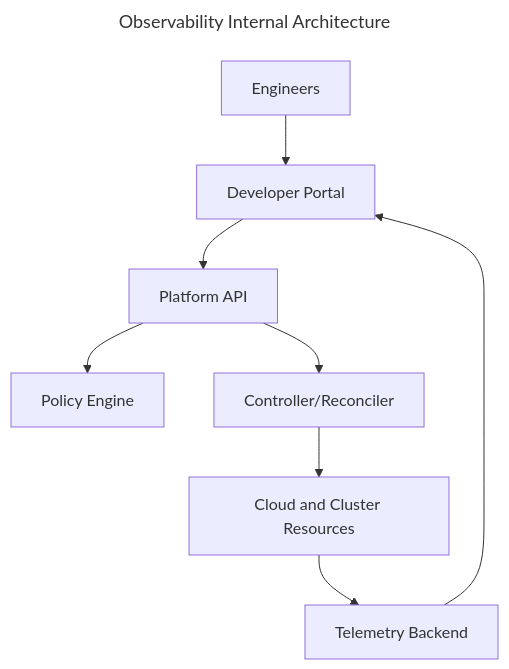
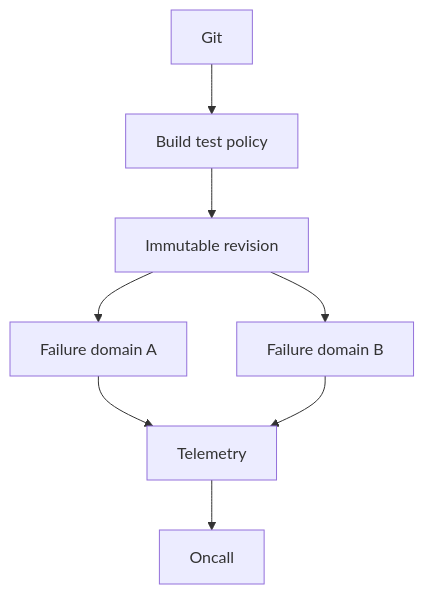
The second of 2 diagrams in docs/chapters/observability.md (m1mohamad/devops-sre-prep), drawn with Mermaid before and after one commit. The commit also changed other lines of this file and 100 other files, not shown here.

````diff
--- a/docs/chapters/observability.md
+++ b/docs/chapters/observability.md
@@ -38,13 +41,10 @@
 ```mermaid
----
-title: Observability Internal Architecture
----
 flowchart TB
-  Users[Engineers] --> Portal[Developer Portal]
-  Portal --> API[Platform API]
-  API --> Policy[Policy Engine]
-  API --> Controller[Controller/Reconciler]
-  Controller --> Infra[Cloud and Cluster Resources]
-  Infra --> Telemetry[Telemetry Backend]
-  Telemetry --> Portal
+  Git --> Verify[Build test policy]
+  Verify --> Artifact[Immutable revision]
+  Artifact --> A[Failure domain A]
+  Artifact --> B[Failure domain B]
+  A --> Telemetry
+  B --> Telemetry
+  Telemetry --> Oncall
 ```
````
